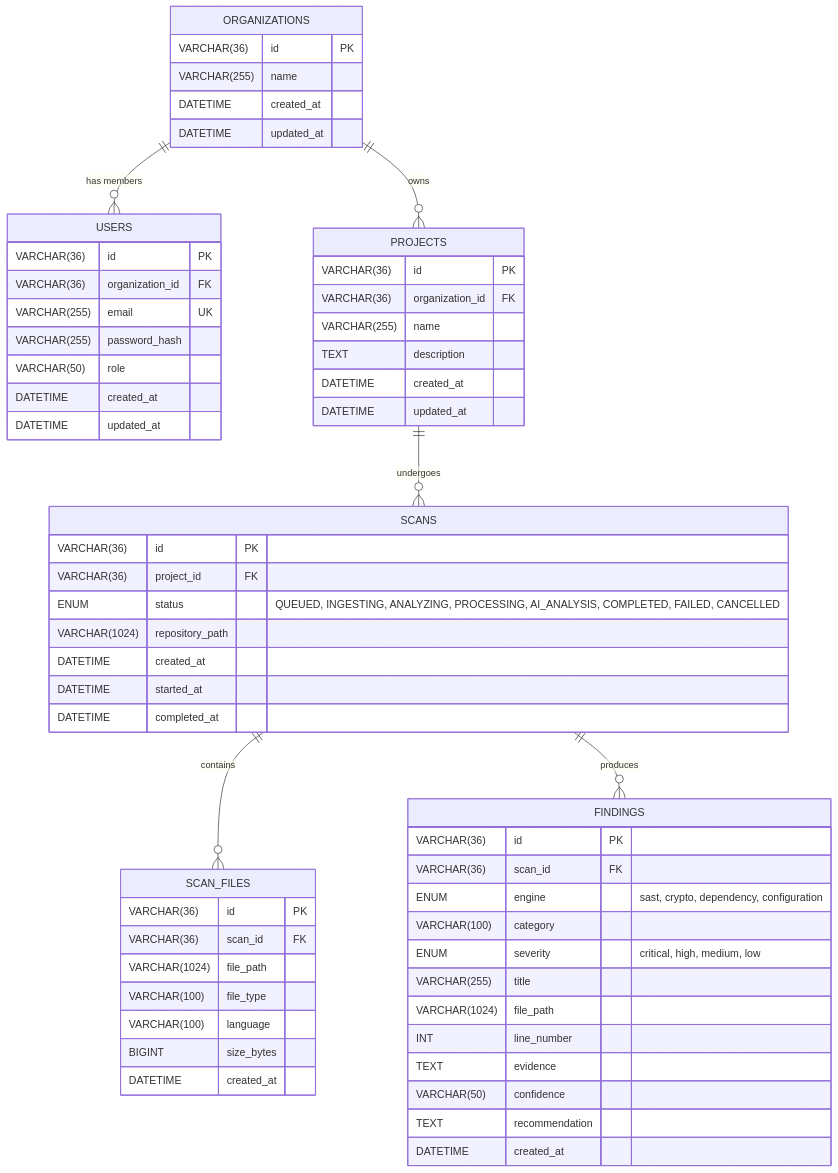
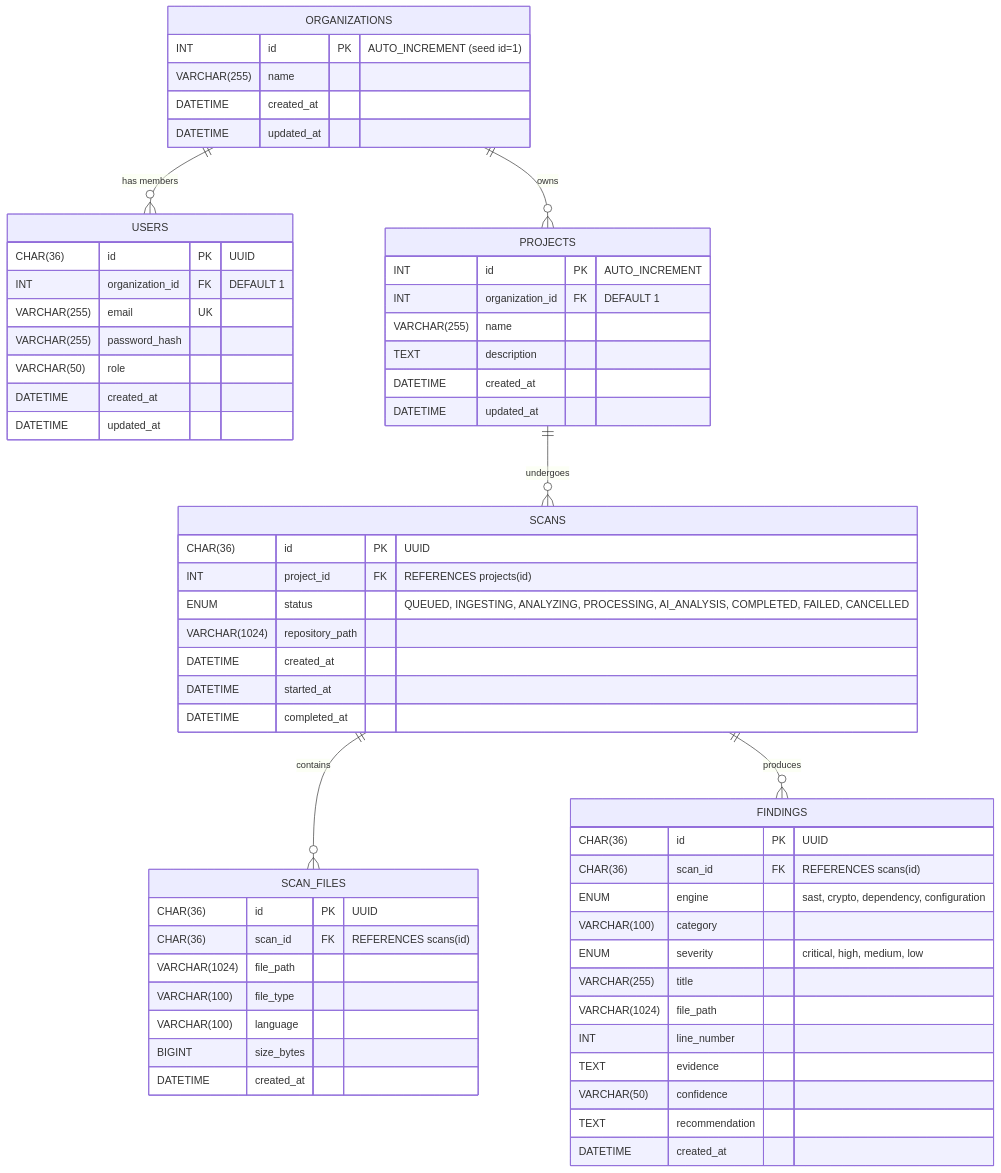
Before and after one commit to Viswanath322/PQC-Platform: the diagram in database/README.md, drawn with Mermaid. The commit also changed other lines of this file and 4 other files, not shown here.

Commit message:
fix(schema): align scans.id as CHAR(36) UUID, projects.id as INT AUTO_INCREMENT, and projects.organization_id default 1 with seed org 1

````diff
--- a/database/README.md
+++ b/database/README.md
@@ -12,69 +12,69 @@
 ```mermaid
 erDiagram
     ORGANIZATIONS ||--o{ USERS : "has members"
     ORGANIZATIONS ||--o{ PROJECTS : "owns"
     PROJECTS ||--o{ SCANS : "undergoes"
     SCANS ||--o{ SCAN_FILES : "contains"
     SCANS ||--o{ FINDINGS : "produces"
 
     ORGANIZATIONS {
-        VARCHAR(36) id PK
+        INT id PK "AUTO_INCREMENT (seed id=1)"
         VARCHAR(255) name
         DATETIME created_at
         DATETIME updated_at
     }
 
     USERS {
-        VARCHAR(36) id PK
-        VARCHAR(36) organization_id FK
+        CHAR(36) id PK "UUID"
+        INT organization_id FK "DEFAULT 1"
         VARCHAR(255) email UK
         VARCHAR(255) password_hash
         VARCHAR(50) role
         DATETIME created_at
         DATETIME updated_at
     }
 
     PROJECTS {
-        VARCHAR(36) id PK
-        VARCHAR(36) organization_id FK
+        INT id PK "AUTO_INCREMENT"
+        INT organization_id FK "DEFAULT 1"
         VARCHAR(255) name
         TEXT description
         DATETIME created_at
         DATETIME updated_at
     }
 
     SCANS {
-        VARCHAR(36) id PK
-        VARCHAR(36) project_id FK
+        CHAR(36) id PK "UUID"
+        INT project_id FK "REFERENCES projects(id)"
         ENUM status "QUEUED, INGESTING, ANALYZING, PROCESSING, AI_ANALYSIS, COMPLETED, FAILED, CANCELLED"
         VARCHAR(1024) repository_path
         DATETIME created_at
         DATETIME started_at
         DATETIME completed_at
     }
 
     SCAN_FILES {
-        VARCHAR(36) id PK
-        VARCHAR(36) scan_id FK
+        CHAR(36) id PK "UUID"
+        CHAR(36) scan_id FK "REFERENCES scans(id)"
         VARCHAR(1024) file_path
         VARCHAR(100) file_type
         VARCHAR(100) language
         BIGINT size_bytes
         DATETIME created_at
     }
 
     FINDINGS {
-        VARCHAR(36) id PK
-        VARCHAR(36) scan_id FK
+        CHAR(36) id PK "UUID"
+        CHAR(36) scan_id FK "REFERENCES scans(id)"
         ENUM engine "sast, crypto, dependency, configuration"
         VARCHAR(100) category
         ENUM severity "critical, high, medium, low"
         VARCHAR(255) title
         VARCHAR(1024) file_path
         INT line_number
         TEXT evidence
         VARCHAR(50) confidence
         TEXT recommendation
         DATETIME created_at
     }
 ```
````
